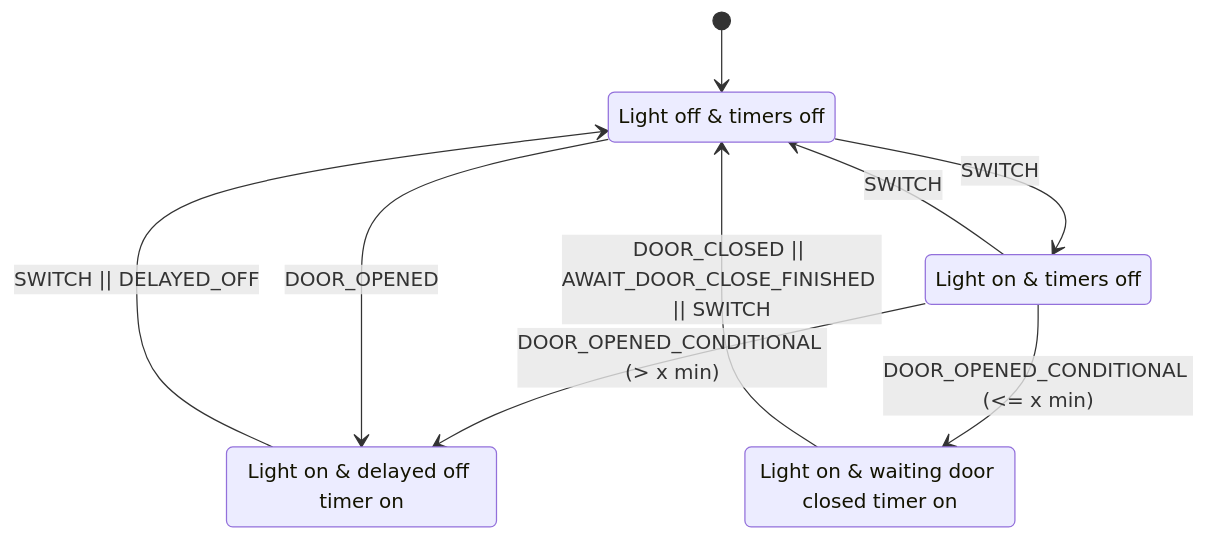
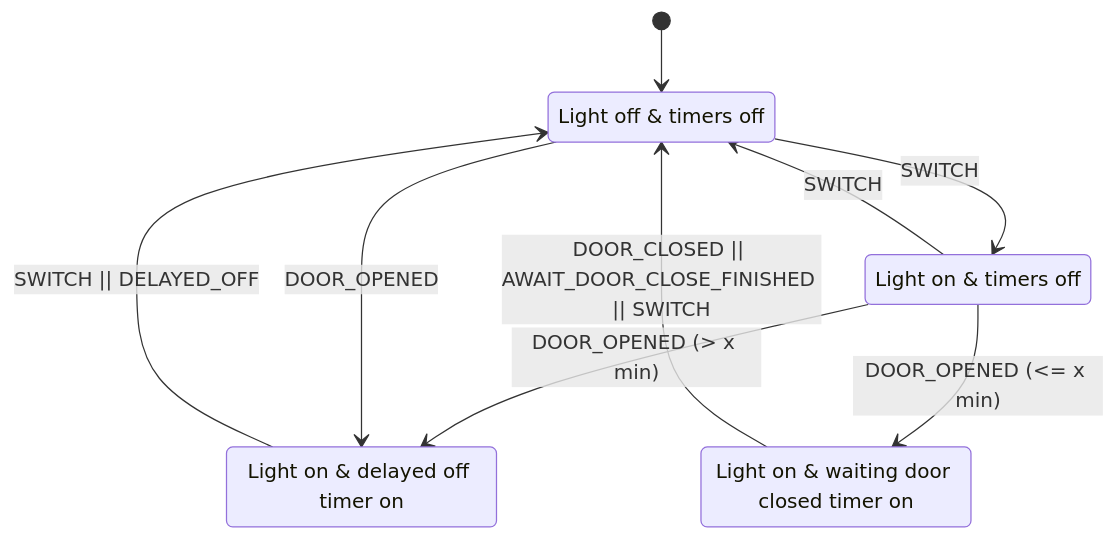
One commit to nonameplum/esp-homekit-demo changed the diagram in examples/light_esp8266MOD/STATE.md. Above: the diagram before and after it, drawn with Mermaid. The commit also changed 6 other files, not shown here.

First line of the commit message:
Fix inside garage light bug in case of conditional door open case.

````diff
--- a/examples/light_esp8266MOD/STATE.md
+++ b/examples/light_esp8266MOD/STATE.md
@@ -1,19 +1,19 @@
 ```mermaid
 stateDiagram
     state "Light off & timers off" as OFF
     state "Light on & timers off" as ON
     state "Light on & delayed off timer on" as ON_AUTO_OFF
     state "Light on & waiting door closed timer on" as LEAVING_HOME
     
     [*] --> OFF
     ON --> OFF: SWITCH
     OFF --> ON: SWITCH
 
-    ON --> ON_AUTO_OFF: DOOR_OPENED_CONDITIONAL (> x min)
+    ON --> ON_AUTO_OFF: DOOR_OPENED (> x min)
 
     OFF --> ON_AUTO_OFF: DOOR_OPENED
     ON_AUTO_OFF --> OFF: SWITCH || DELAYED_OFF
 
-    ON --> LEAVING_HOME: DOOR_OPENED_CONDITIONAL (<= x min)
+    ON --> LEAVING_HOME: DOOR_OPENED (<= x min)
     LEAVING_HOME --> OFF: DOOR_CLOSED || AWAIT_DOOR_CLOSE_FINISHED || SWITCH
 ```
````
